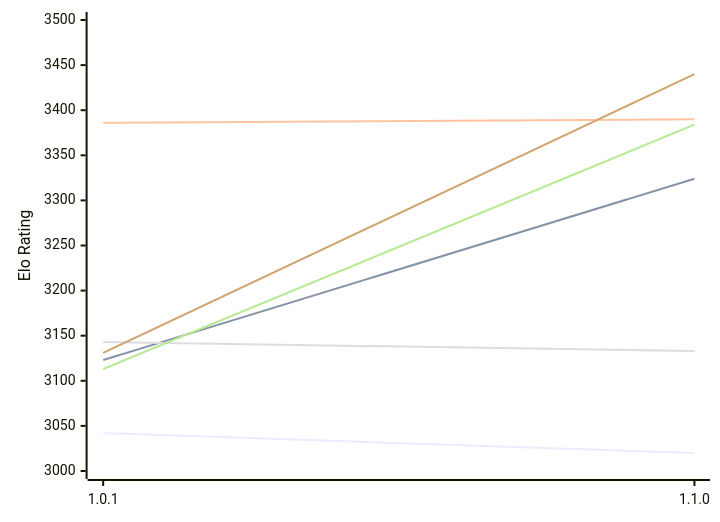
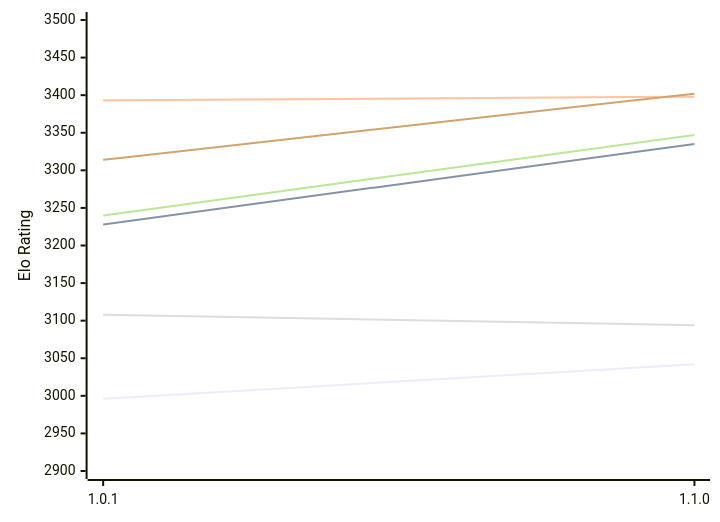
The first of 2 diagrams in engines/Ursus.md (computer-chess-index/cci), drawn with Mermaid before and after one commit. The commit also changed other lines of this file, not shown here.

Commit message:
Update CCI Ratings (ELO VLTC) - 2026-11-14

````diff
--- a/engines/Ursus.md
+++ b/engines/Ursus.md
@@ -51,12 +51,12 @@
 ```mermaid
 %%{init: {"theme":"base","themeVariables":{"seriesColors:['#a3a3a3','#222221','#faa371']}}}%%
 xychart-beta
   x-axis ["1.0.1", "1.1.0"]
-  y-axis "Elo Rating" 3000 --> 3500
-  line "E1: STC (8.0+0.08s)" [3042, 3020]
-  line "E1: LTC (60.0+0.60s)" [3123, 3324]
-  line "E1: VLTC (2m24s+1.12s)" [3386, 3390]
-  line "P1: STC (8.0+0.08s)" [3143, 3133]
-  line "P1: LTC (60.0+0.60s)" [3113, 3384]
-  line "P1: VLTC (2m24s+1.12s)" [3131, 3440]
+  y-axis "Elo Rating" 2900 --> 3500
+  line "E1: STC (8.0+0.08s)" [2996, 3042]
+  line "E1: LTC (60.0+0.60s)" [3228, 3335]
+  line "E1: VLTC (2m24s+1.12s)" [3393, 3398]
+  line "P1: STC (8.0+0.08s)" [3108, 3094]
+  line "P1: LTC (60.0+0.60s)" [3240, 3347]
+  line "P1: VLTC (2m24s+1.12s)" [3314, 3402]
 ```
````
